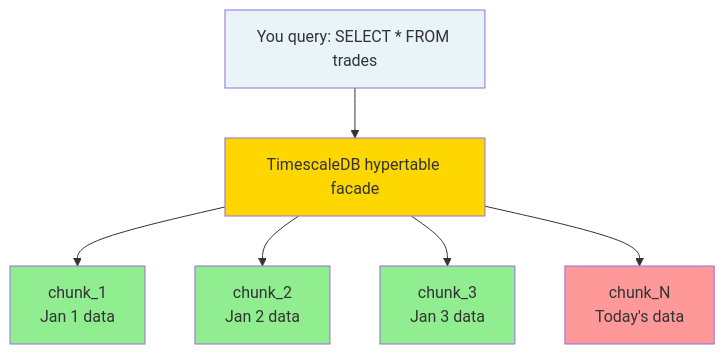
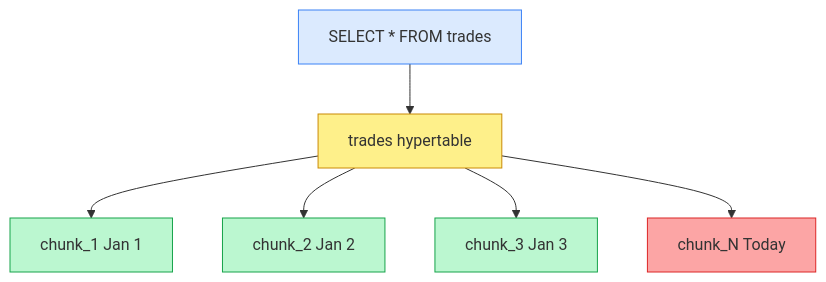
The first of 8 diagrams in DB/TimeScaleDb.md (mjameer/RareLearning), drawn with Mermaid before and after one commit. The commit also changed other lines of this file, not shown here.

````diff
--- a/DB/TimeScaleDb.md
+++ b/DB/TimeScaleDb.md
@@ -114,15 +114,22 @@
 ```mermaid
 graph TD
-    A["You query: SELECT * FROM trades"] --> B["TimescaleDB hypertable facade"]
-    B --> C["chunk_1\nJan 1 data"]
-    B --> D["chunk_2\nJan 2 data"]
-    B --> E["chunk_3\nJan 3 data"]
-    B --> F["chunk_N\nToday's data"]
+    Q["SELECT * FROM trades"]
+    H["trades  hypertable"]
+    C1["chunk_1  Jan 1"]
+    C2["chunk_2  Jan 2"]
+    C3["chunk_3  Jan 3"]
+    CN["chunk_N  Today"]
 
-    style A fill:#e8f4f8
-    style B fill:#ffd700
-    style C fill:#90EE90
-    style D fill:#90EE90
-    style E fill:#90EE90
-    style F fill:#ff9999
+    Q --> H
+    H --> C1
+    H --> C2
+    H --> C3
+    H --> CN
+
+    style Q fill:#dbeafe,stroke:#3b82f6
+    style H fill:#fef08a,stroke:#ca8a04
+    style C1 fill:#bbf7d0,stroke:#16a34a
+    style C2 fill:#bbf7d0,stroke:#16a34a
+    style C3 fill:#bbf7d0,stroke:#16a34a
+    style CN fill:#fca5a5,stroke:#dc2626
 ```
````
